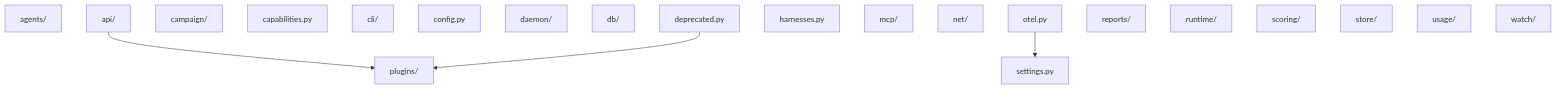
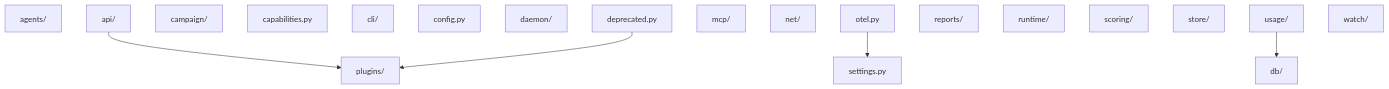
One commit to VatsaDev/piloop changed the diagram in docs/snippets/generated/imports.mdx. Above: the diagram before and after it, drawn with Mermaid. The commit also changed other lines of this file and 85 other files, not shown here.

````diff
--- a/docs/snippets/generated/imports.mdx
+++ b/docs/snippets/generated/imports.mdx
@@ -3,27 +3,27 @@
 ```mermaid
 flowchart TB
     agents["agents/"]
     api["api/"]
     campaign["campaign/"]
     capabilities["capabilities.py"]
     cli["cli/"]
     config["config.py"]
     daemon["daemon/"]
     db["db/"]
     deprecated["deprecated.py"]
-    harnesses["harnesses.py"]
     mcp["mcp/"]
     net["net/"]
     otel["otel.py"]
     plugins["plugins/"]
     reports["reports/"]
     runtime["runtime/"]
     scoring["scoring/"]
     settings["settings.py"]
     store["store/"]
     usage["usage/"]
     watch["watch/"]
     api --> plugins
     deprecated --> plugins
     otel --> settings
+    usage --> db
 ```
````
